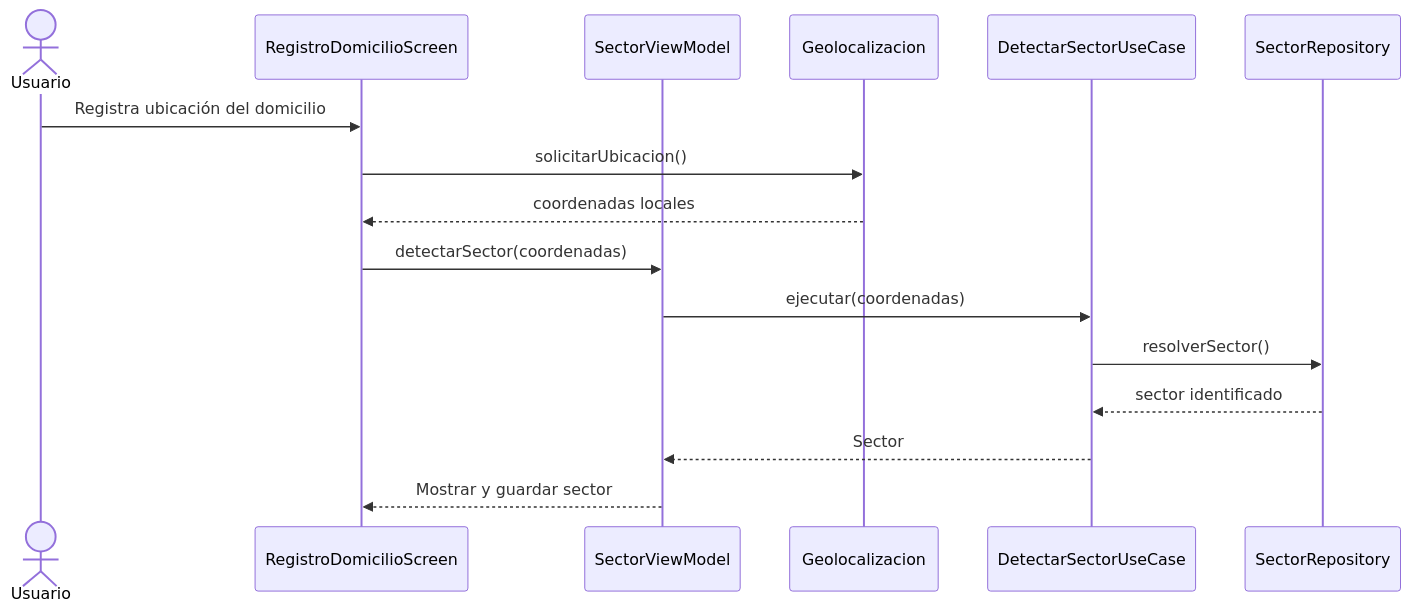
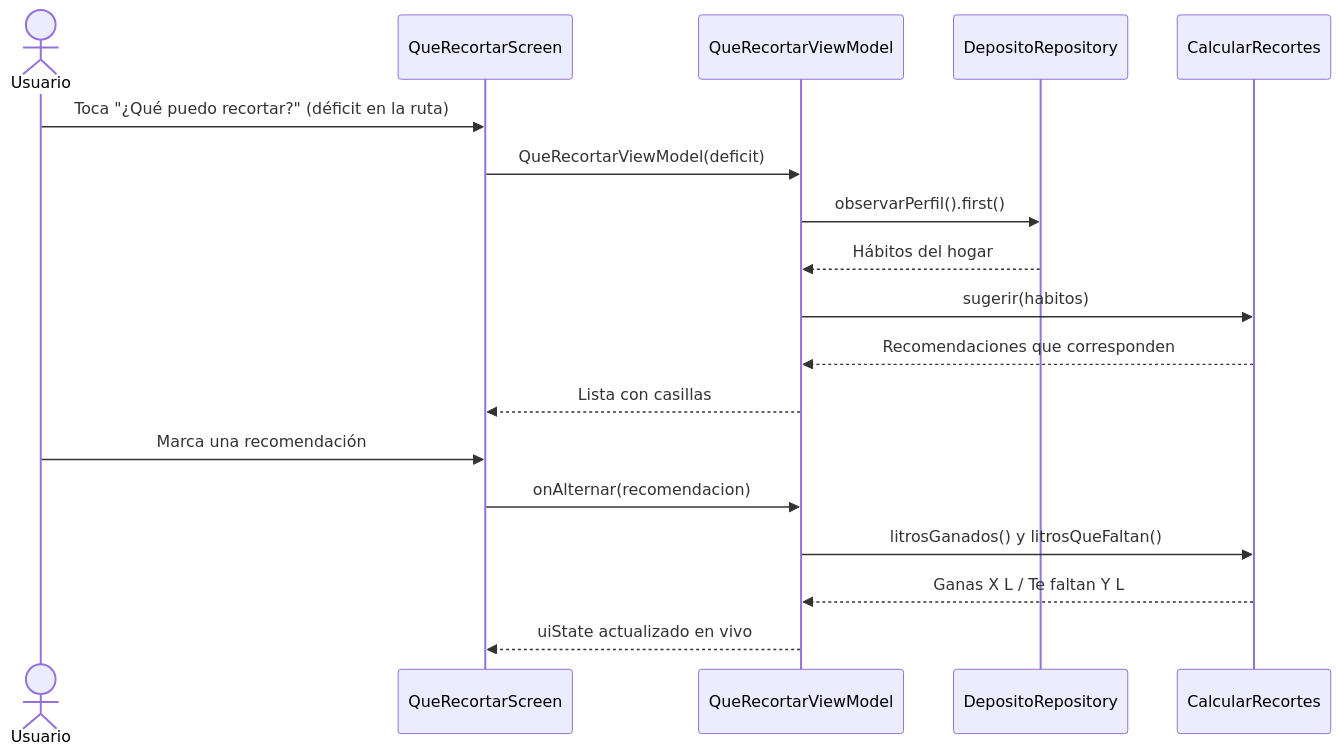
The tenth of 18 diagrams in informes/FD04-SAD.md (IkerASierraR/AguardApp), drawn with Mermaid before and after one commit. The commit also changed other lines of this file and 2 other files, not shown here.

````diff
--- a/informes/FD04-SAD.md
+++ b/informes/FD04-SAD.md
@@ -406,18 +330,20 @@
 ```mermaid
 sequenceDiagram
     actor U as Usuario
-    participant S as RegistroDomicilioScreen
-    participant VM as SectorViewModel
-    participant LOC as Geolocalizacion
-    participant UC as DetectarSectorUseCase
-    participant R as SectorRepository
-    U->>S: Registra ubicación del domicilio
-    S->>LOC: solicitarUbicacion()
-    LOC-->>S: coordenadas locales
-    S->>VM: detectarSector(coordenadas)
-    VM->>UC: ejecutar(coordenadas)
-    UC->>R: resolverSector()
-    R-->>UC: sector identificado
-    UC-->>VM: Sector
-    VM-->>S: Mostrar y guardar sector
+    participant S as QueRecortarScreen
+    participant VM as QueRecortarViewModel
+    participant R as DepositoRepository
+    participant CR as CalcularRecortes
+    U->>S: Toca "¿Qué puedo recortar?" (déficit en la ruta)
+    S->>VM: QueRecortarViewModel(deficit)
+    VM->>R: observarPerfil().first()
+    R-->>VM: Hábitos del hogar
+    VM->>CR: sugerir(habitos)
+    CR-->>VM: Recomendaciones que corresponden
+    VM-->>S: Lista con casillas
+    U->>S: Marca una recomendación
+    S->>VM: onAlternar(recomendacion)
+    VM->>CR: litrosGanados() y litrosQueFaltan()
+    CR-->>VM: Ganas X L / Te faltan Y L
+    VM-->>S: uiState actualizado en vivo
 ```
````
